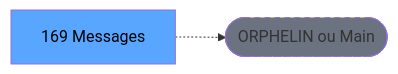
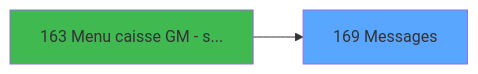
The second of 3 diagrams in .openspec/specs/ADH-IDE-169.md (thonyAGP/magic-migration), drawn with Mermaid before and after one commit. The commit also changed other lines of this file and 253 other files, not shown here.

````diff
--- a/.openspec/specs/ADH-IDE-169.md
+++ b/.openspec/specs/ADH-IDE-169.md
@@ -123,8 +721,8 @@
 ```mermaid
 graph LR
-    T[169 Messages]
-    ORPHAN([ORPHELIN ou Main])
-    T -.-> ORPHAN
-    style T fill:#58a6ff,color:#000
-    style ORPHAN fill:#6b7280,stroke-dasharray: 5 5
+    T169[169 Messages]
+    style T169 fill:#58a6ff
+    CALLER163[163 Menu caisse GM - s...]
+    CALLER163 --> T169
+    style CALLER163 fill:#3fb950
 ```
````
